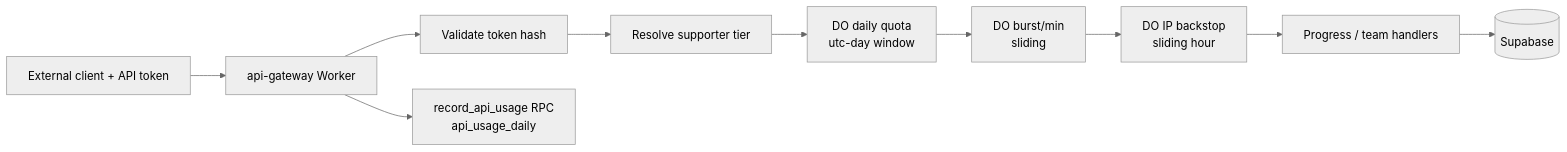
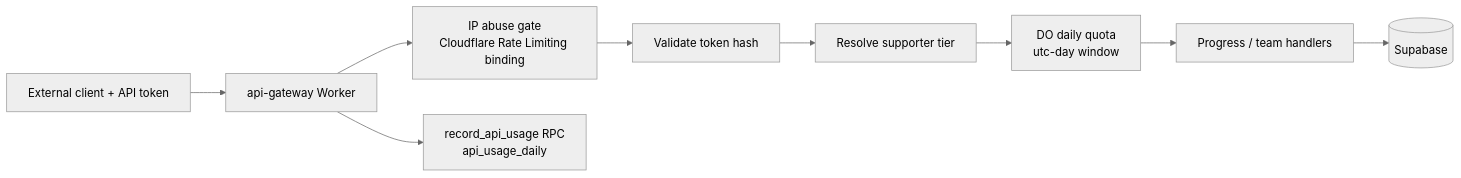
The third of 6 diagrams in docs/RATE_LIMITING.md (tarkovtracker-org/TarkovTracker), drawn with Mermaid (neutral theme) before and after one commit. The commit also changed other lines of this file and 6 other files, not shown here.

First line of the commit message:
refactor(api): simplify rate limiter to single daily DO + IP abuse gate

````diff
--- a/docs/RATE_LIMITING.md
+++ b/docs/RATE_LIMITING.md
@@ -178,12 +178,11 @@
 ```mermaid
 flowchart LR
   C[External client + API token] --> W[api-gateway Worker]
-  W --> AUTH[Validate token hash]
+  W --> ABUSE[IP abuse gate<br/>Cloudflare Rate Limiting binding]
+  ABUSE --> AUTH[Validate token hash]
   AUTH --> TIER[Resolve supporter tier]
   TIER --> DAILY[DO daily quota<br/>utc-day window]
-  DAILY --> BURST[DO burst/min<br/>sliding]
-  BURST --> IP[DO IP backstop<br/>sliding hour]
-  IP --> HANDLER[Progress / team handlers]
+  DAILY --> HANDLER[Progress / team handlers]
   HANDLER --> DB[(Supabase)]
   W --> USAGE[record_api_usage RPC<br/>api_usage_daily]
 ```
````
